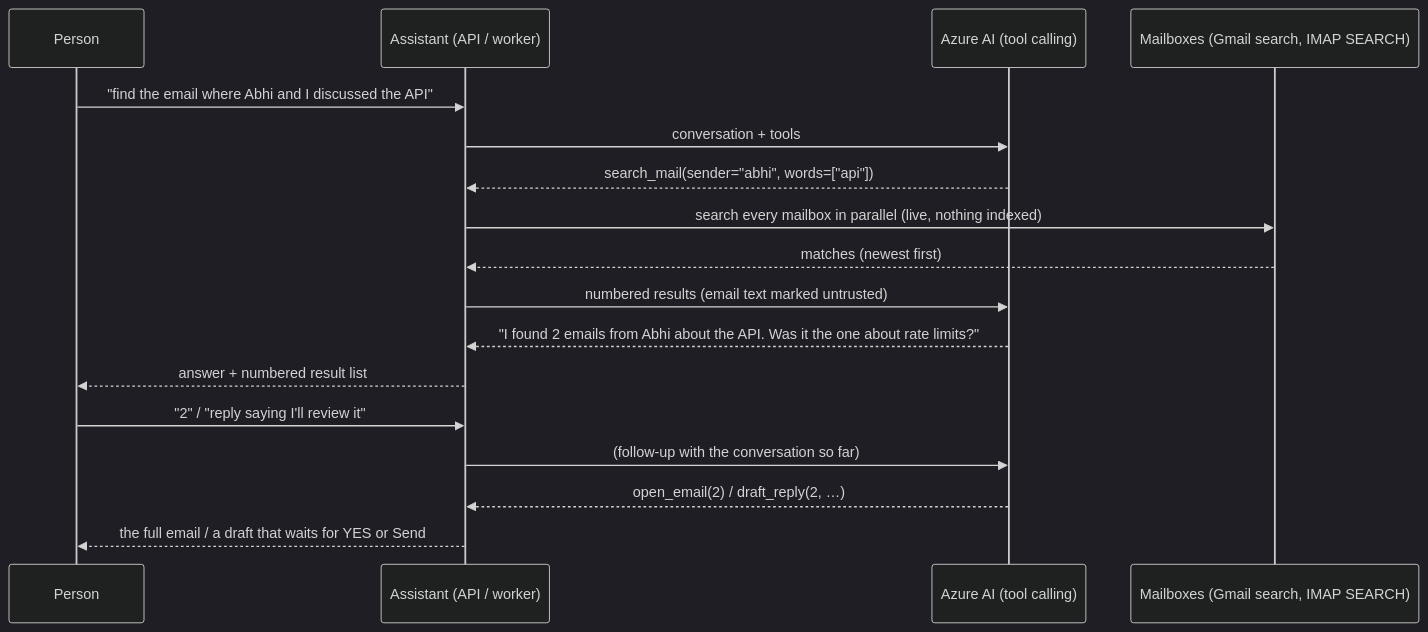
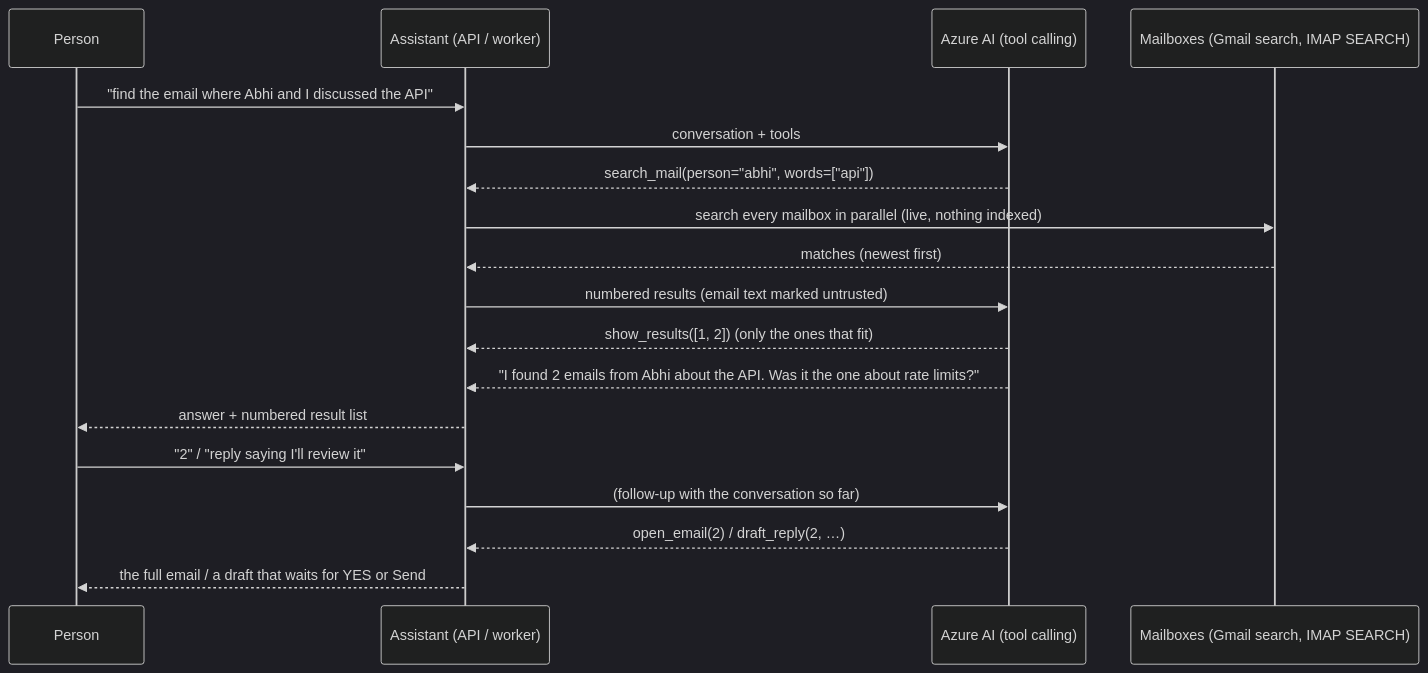
The third of 3 diagrams in docs/ARCHITECTURE.md (rootski1729/Email_manager), drawn with Mermaid (dark theme) before and after one commit. The commit also changed other lines of this file and 5 other files, not shown here.

First line of the commit message:
Assistant: only fitting results shown, loose retry when nothing matches, no duplicates

````diff
--- a/docs/ARCHITECTURE.md
+++ b/docs/ARCHITECTURE.md
@@ -196,19 +196,20 @@
 ```mermaid
 sequenceDiagram
   participant P as Person
   participant A as Assistant (API / worker)
   participant M as Azure AI (tool calling)
   participant X as Mailboxes (Gmail search, IMAP SEARCH)
   P->>A: "find the email where Abhi and I discussed the API"
   A->>M: conversation + tools
-  M-->>A: search_mail(sender="abhi", words=["api"])
+  M-->>A: search_mail(person="abhi", words=["api"])
   A->>X: search every mailbox in parallel (live, nothing indexed)
   X-->>A: matches (newest first)
   A->>M: numbered results (email text marked untrusted)
+  M-->>A: show_results([1, 2])  (only the ones that fit)
   M-->>A: "I found 2 emails from Abhi about the API. Was it the one about rate limits?"
   A-->>P: answer + numbered result list
   P->>A: "2" / "reply saying I'll review it"
   A->>M: (follow-up with the conversation so far)
   M-->>A: open_email(2) / draft_reply(2, …)
   A-->>P: the full email / a draft that waits for YES or Send
 ```
````
